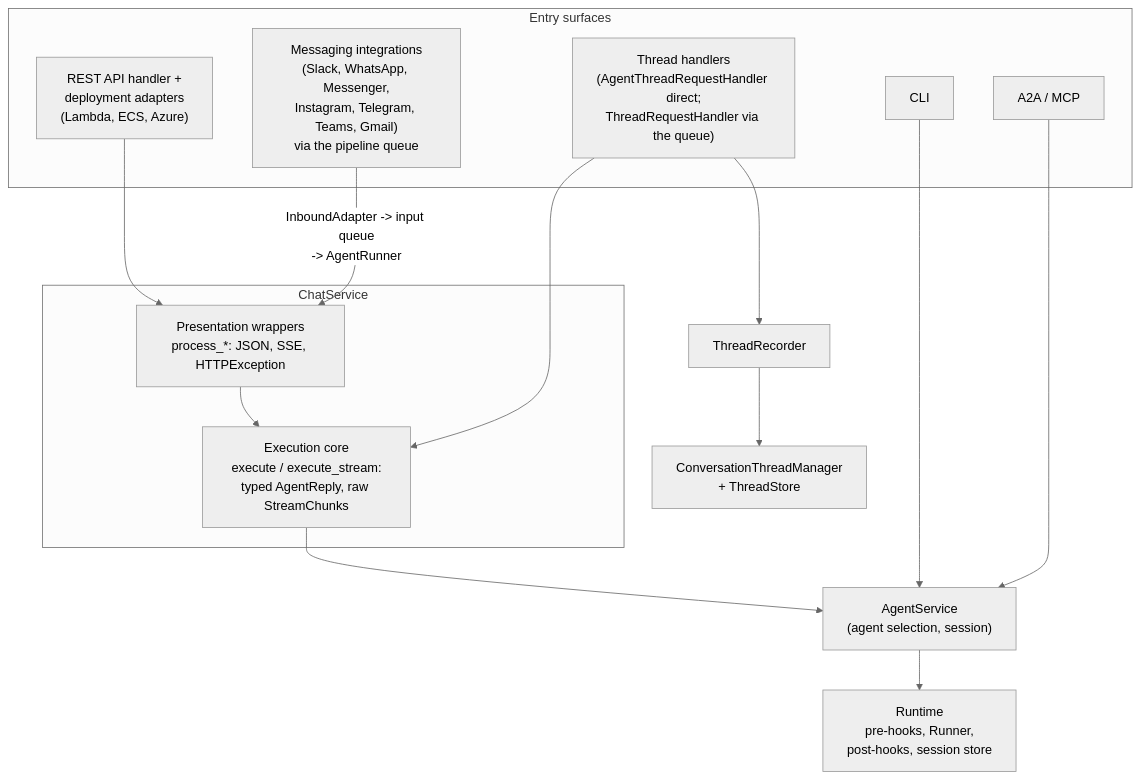
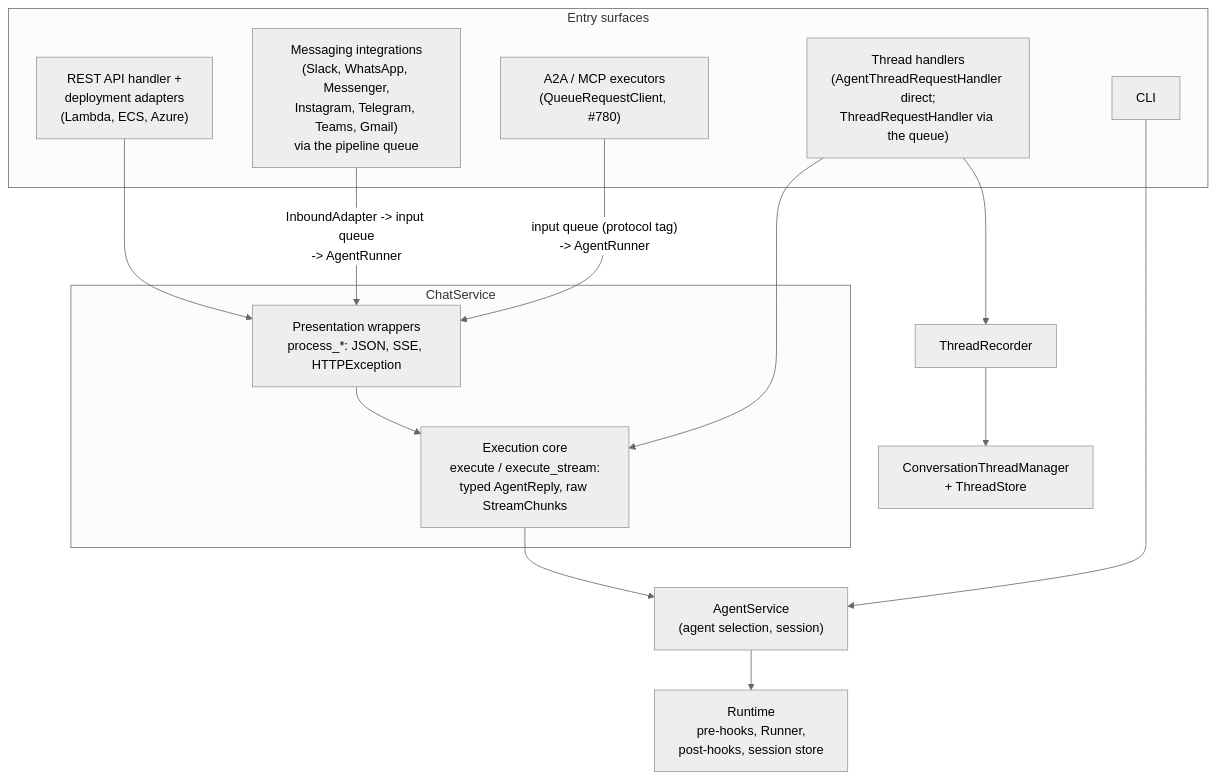
The diagram in .agents/skills/ak-dev-architecture/SKILL.md (yaalalabs/agent-kernel), drawn with Mermaid (neutral theme) before and after one commit. The commit also changed other lines of this file and 13 other files, not shown here.

````diff
--- a/.agents/skills/ak-dev-architecture/SKILL.md
+++ b/.agents/skills/ak-dev-architecture/SKILL.md
@@ -207,29 +207,29 @@
 ```mermaid
 graph TD
     subgraph Entry["Entry surfaces"]
         REST["REST API handler +<br/>deployment adapters<br/>(Lambda, ECS, Azure)"]
         TH["Thread handlers<br/>(AgentThreadRequestHandler direct;<br/>ThreadRequestHandler via the queue)"]
         MSG["Messaging integrations<br/>(Slack, WhatsApp, Messenger,<br/>Instagram, Telegram, Teams, Gmail)<br/>via the pipeline queue"]
         CLI["CLI"]
-        PROTO["A2A / MCP"]
+        PROTO["A2A / MCP executors<br/>(QueueRequestClient, #780)"]
     end
 
     subgraph CS["ChatService"]
         PRES["Presentation wrappers<br/>process_*: JSON, SSE, HTTPException"]
         CORE["Execution core<br/>execute / execute_stream:<br/>typed AgentReply, raw StreamChunks"]
     end
 
     REC["ThreadRecorder"]
     CTM["ConversationThreadManager<br/>+ ThreadStore"]
     AS["AgentService<br/>(agent selection, session)"]
     RT["Runtime<br/>pre-hooks, Runner,<br/>post-hooks, session store"]
 
     REST --> PRES --> CORE
     TH --> REC --> CTM
     TH --> CORE
     MSG -->|"InboundAdapter -> input queue<br/>-> AgentRunner"| PRES
+    PROTO -->|"input queue (protocol tag)<br/>-> AgentRunner"| PRES
     CORE --> AS
     CLI --> AS
-    PROTO --> AS
     AS --> RT
 ```
````
